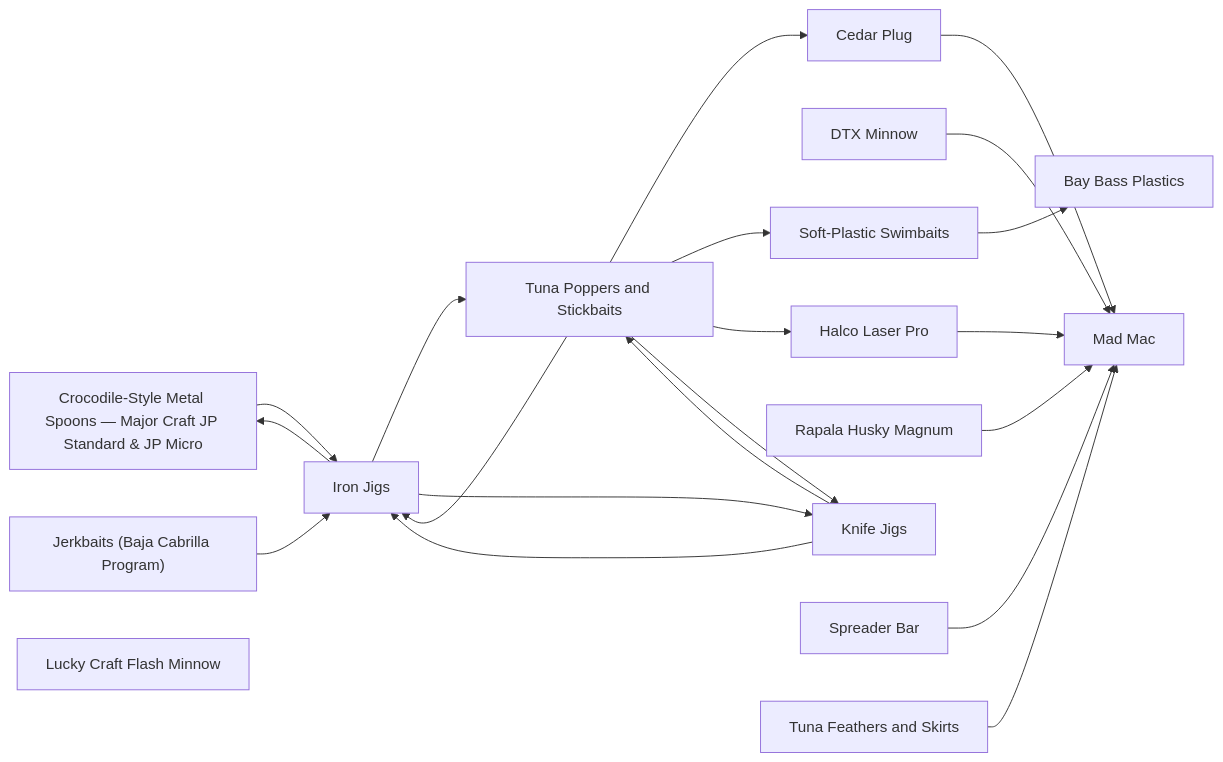
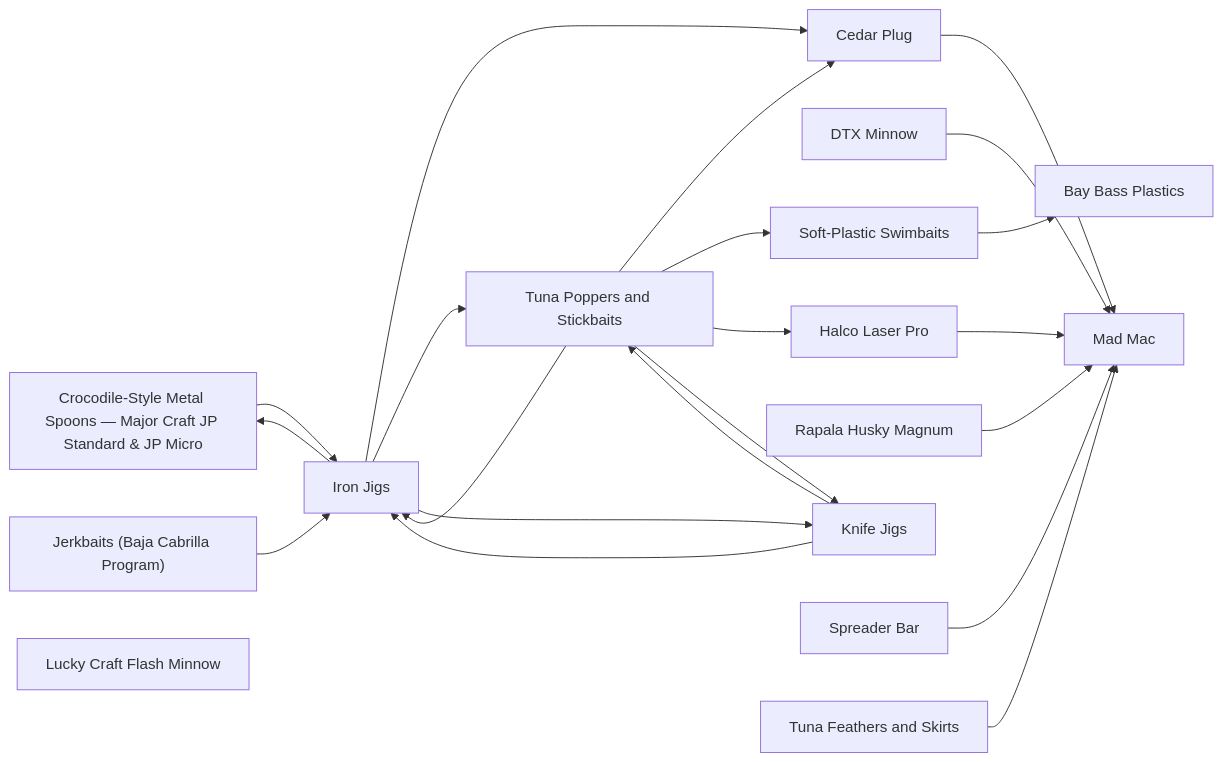
One commit to camchuckpete-max/Socal-Fishing-Knowledge changed the diagram in lures/README.md. Above: the diagram before and after it, drawn with Mermaid. The commit also changed 4 other files, not shown here.

````diff
--- a/lures/README.md
+++ b/lures/README.md
@@ -28,37 +28,38 @@
 ```mermaid
 graph LR
   n0["Bay Bass Plastics"]
   n1["Cedar Plug"]
   n2["Crocodile-Style Metal Spoons — Major Craft JP Standard & JP Micro"]
   n3["DTX Minnow"]
   n4["Halco Laser Pro"]
   n5["Iron Jigs"]
   n6["Jerkbaits (Baja Cabrilla Program)"]
   n7["Knife Jigs"]
   n8["Lucky Craft Flash Minnow"]
   n9["Mad Mac"]
   n10["Rapala Husky Magnum"]
   n11["Soft-Plastic Swimbaits"]
   n12["Spreader Bar"]
   n13["Tuna Feathers and Skirts"]
   n14["Tuna Poppers and Stickbaits"]
   n1 --> n9
   n10 --> n9
   n11 --> n0
   n12 --> n9
   n13 --> n9
   n14 --> n1
   n14 --> n11
   n14 --> n4
   n14 --> n5
   n14 --> n7
   n2 --> n5
   n3 --> n9
   n4 --> n9
+  n5 --> n1
   n5 --> n14
   n5 --> n2
   n5 --> n7
   n6 --> n5
   n7 --> n14
   n7 --> n5
 ```
````
